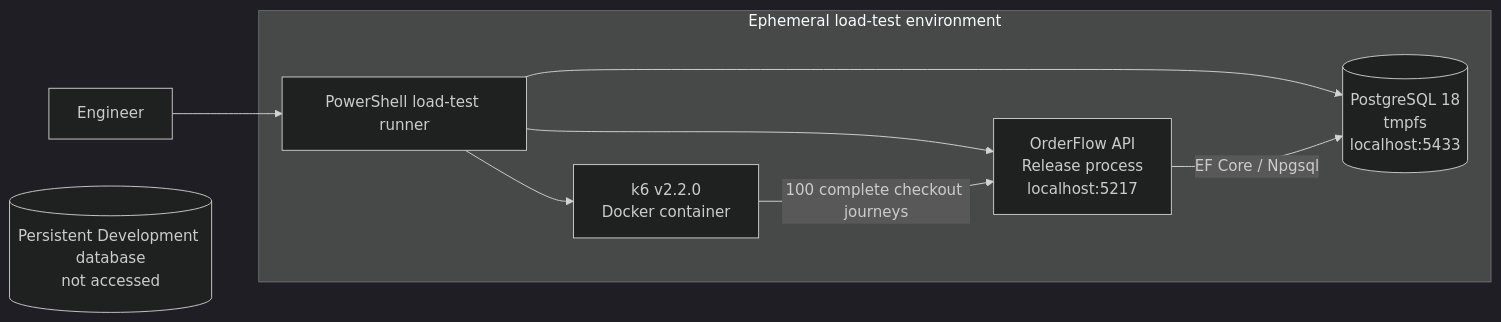
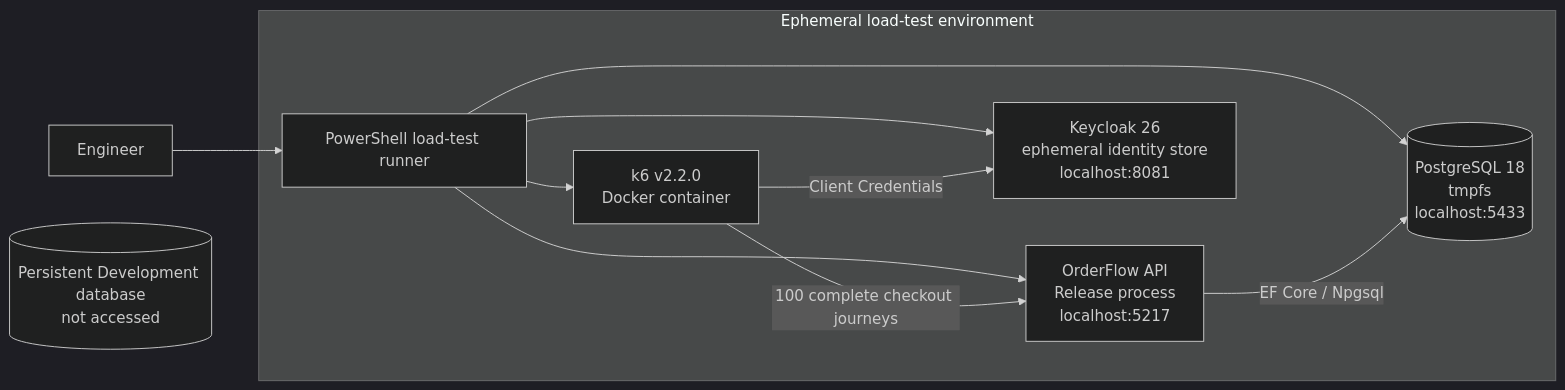
Before and after one commit to saulomlcosta/OrderFlow: the second of 2 diagrams in docs/reports/SYSTEM_FLOW.md, drawn with Mermaid (dark theme). The commit also changed other lines of this file and 38 other files, not shown here.

````diff
--- a/docs/reports/SYSTEM_FLOW.md
+++ b/docs/reports/SYSTEM_FLOW.md
@@ -85,14 +87,16 @@
 ```mermaid
 flowchart LR
     Engineer["Engineer"] --> Runner["PowerShell load-test runner"]
 
     subgraph Isolated["Ephemeral load-test environment"]
         Runner --> Api["OrderFlow API<br/>Release process<br/>localhost:5217"]
         Runner --> K6["k6 v2.2.0<br/>Docker container"]
         Runner --> LoadDb[("PostgreSQL 18<br/>tmpfs<br/>localhost:5433")]
+        Runner --> LoadIdentity["Keycloak 26<br/>ephemeral identity store<br/>localhost:8081"]
+        K6 -->|"Client Credentials"| LoadIdentity
         K6 -->|"100 complete checkout journeys"| Api
         Api -->|"EF Core / Npgsql"| LoadDb
     end
 
     DevelopmentDb[("Persistent Development database<br/>not accessed")]
 ```
````
